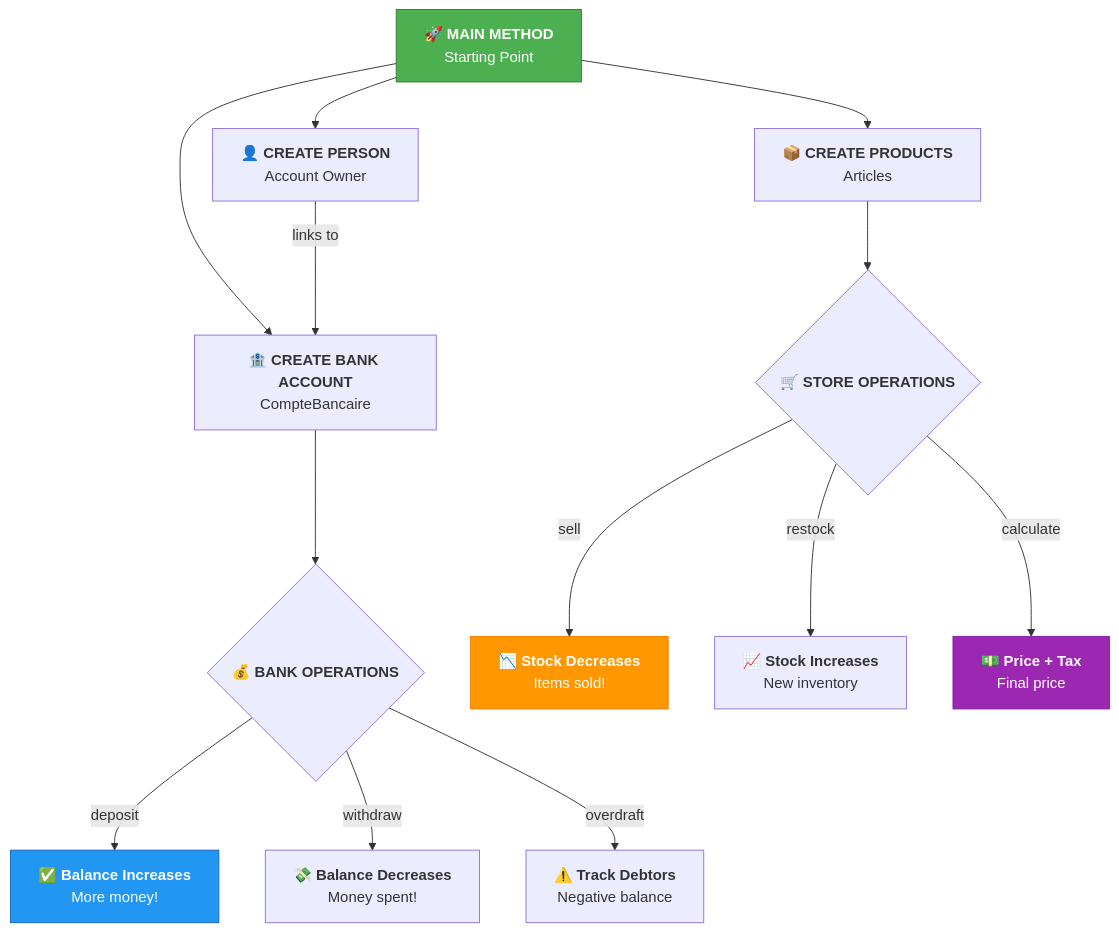
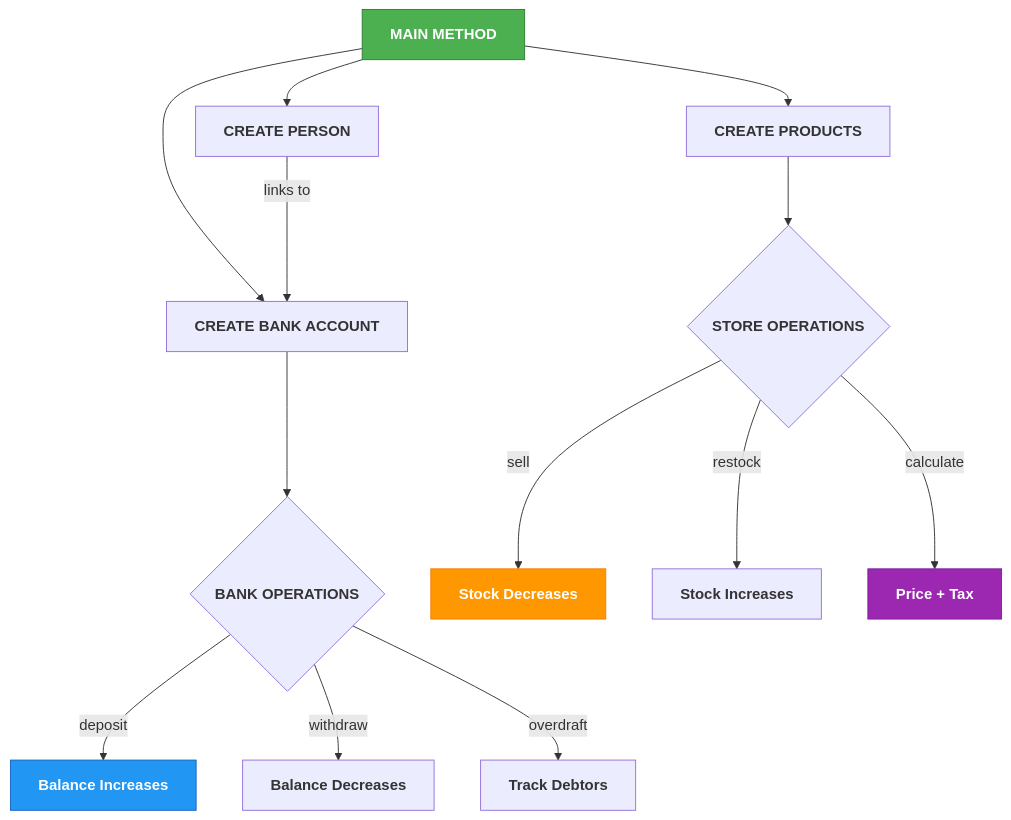
One commit to Lagmouchyoussef/java-oop-bank-store---Simple-and-descriptive changed the third of 3 diagrams in README.md. Above: the diagram before and after it, drawn with Mermaid. The commit also changed other lines of this file, not shown here.

````diff
--- a/README.md
+++ b/README.md
@@ -506,24 +346,24 @@
 ```mermaid
 flowchart TD
-    A[<b>🚀 MAIN METHOD</b><br/>Starting Point] --> B[<b>👤 CREATE PERSON</b><br/>Account Owner]
-    A --> C[<b>🏦 CREATE BANK ACCOUNT</b><br/>CompteBancaire]
-    A --> D[<b>📦 CREATE PRODUCTS</b><br/>Articles]
+    A[<b>MAIN METHOD</b>] --> B[<b>CREATE PERSON</b>]
+    A --> C[<b>CREATE BANK ACCOUNT</b>]
+    A --> D[<b>CREATE PRODUCTS</b>]
     
     B -->|links to| C
     
-    C --> E{<b>💰 BANK OPERATIONS</b>}
-    D --> F{<b>🛒 STORE OPERATIONS</b>}
+    C --> E{<b>BANK OPERATIONS</b>}
+    D --> F{<b>STORE OPERATIONS</b>}
     
-    E -->|deposit| G[<b>✅ Balance Increases</b><br/>More money!]
-    E -->|withdraw| H[<b>💸 Balance Decreases</b><br/>Money spent!]
-    E -->|overdraft| I[<b>⚠️ Track Debtors</b><br/>Negative balance]
+    E -->|deposit| G[<b>Balance Increases</b>]
+    E -->|withdraw| H[<b>Balance Decreases</b>]
+    E -->|overdraft| I[<b>Track Debtors</b>]
     
-    F -->|sell| J[<b>📉 Stock Decreases</b><br/>Items sold!]
-    F -->|restock| K[<b>📈 Stock Increases</b><br/>New inventory]
-    F -->|calculate| L[<b>💵 Price + Tax</b><br/>Final price]
+    F -->|sell| J[<b>Stock Decreases</b>]
+    F -->|restock| K[<b>Stock Increases</b>]
+    F -->|calculate| L[<b>Price + Tax</b>]
     
     style A fill:#4CAF50,color:#fff,stroke:#2E7D32
     style G fill:#2196F3,color:#fff,stroke:#1565C0
     style J fill:#FF9800,color:#fff,stroke:#F57C00
     style L fill:#9C27B0,color:#fff,stroke:#7B1FA2
 ```
````
